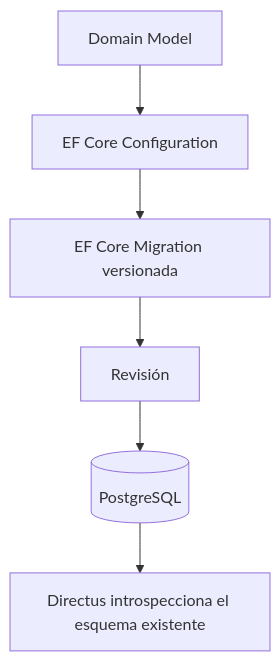
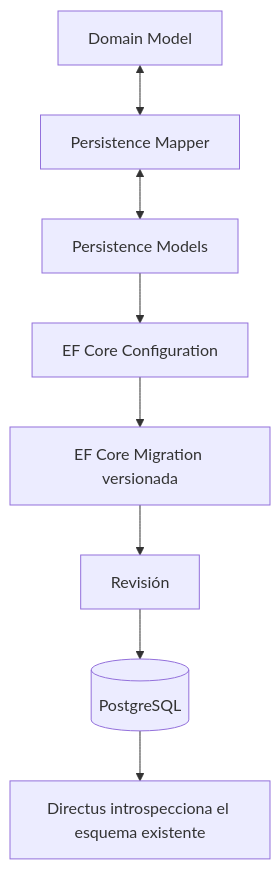
Before and after one commit to cromaticacreativa/project-cromaticacreativa-web: diagram 13 of 18 in docs/ARCHITECTURE.md, drawn with Mermaid. The commit also changed other lines of this file and 118 other files, not shown here.

````diff
--- a/docs/ARCHITECTURE.md
+++ b/docs/ARCHITECTURE.md
@@ -469,8 +665,10 @@
 ```mermaid
 flowchart TD
-    model["Domain Model"] --> mapping["EF Core Configuration"]
+    domain["Domain Model"] <--> mapper["Persistence Mapper"]
+    mapper <--> model["Persistence Models"]
+    model --> mapping["EF Core Configuration"]
     mapping --> migration["EF Core Migration versionada"]
     migration --> review["Revisión"]
     review --> database[("PostgreSQL")]
     database --> directus["Directus introspecciona el esquema existente"]
 ```
````
